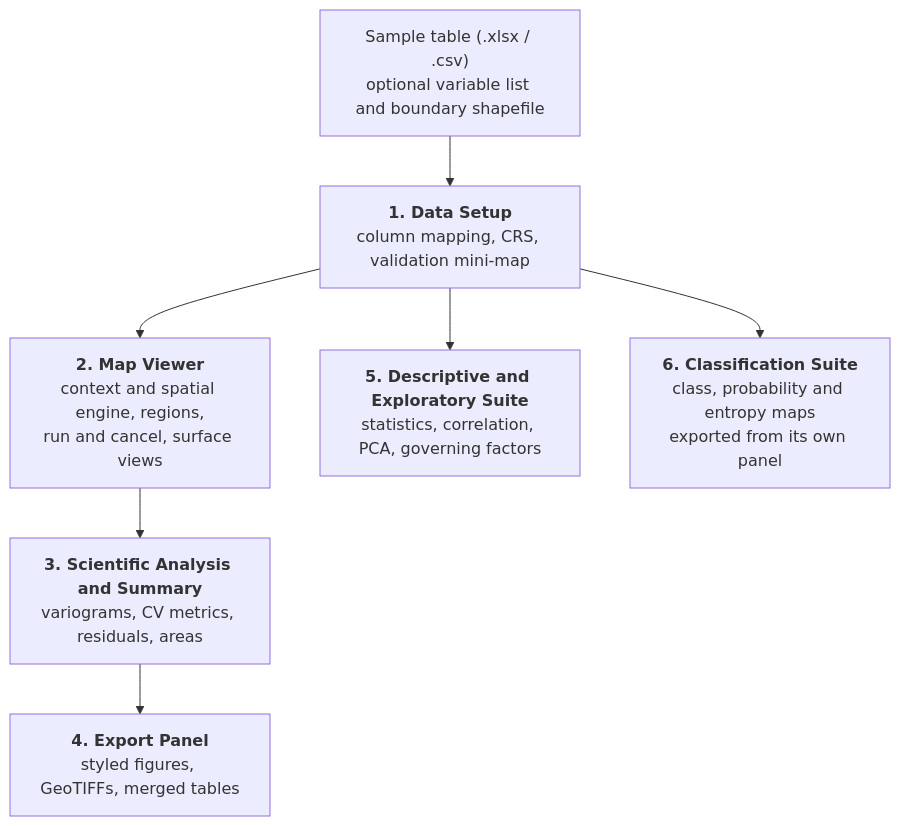
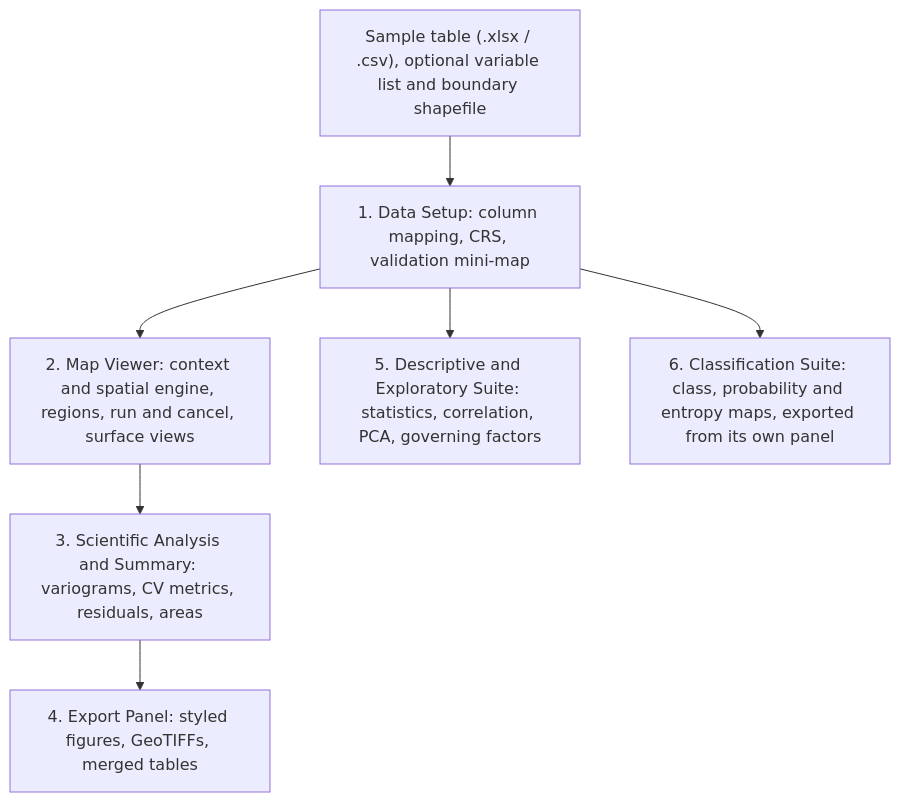
The diagram in README.md (rserdarkara-hash/monolith), drawn with Mermaid before and after one commit.

Commit message:
v1.0.6 release

````diff
--- a/README.md
+++ b/README.md
@@ -63,12 +63,12 @@
 ```mermaid
 flowchart TD
-    U["Sample table (.xlsx / .csv)<br/>optional variable list and boundary shapefile"] --> T1
-    T1["<b>1. Data Setup</b><br/>column mapping, CRS, validation mini-map"] --> T2
+    U["Sample table (.xlsx / .csv), optional variable list and boundary shapefile"] --> T1
+    T1["1. Data Setup: column mapping, CRS, validation mini-map"] --> T2
     T1 --> T5
     T1 --> T6
-    T2["<b>2. Map Viewer</b><br/>context and spatial engine, regions,<br/>run and cancel, surface views"] --> T3
-    T3["<b>3. Scientific Analysis and Summary</b><br/>variograms, CV metrics, residuals, areas"] --> T4
-    T4["<b>4. Export Panel</b><br/>styled figures, GeoTIFFs, merged tables"]
-    T5["<b>5. Descriptive and Exploratory Suite</b><br/>statistics, correlation, PCA, governing factors"]
-    T6["<b>6. Classification Suite</b><br/>class, probability and entropy maps<br/>exported from its own panel"]
+    T2["2. Map Viewer: context and spatial engine, regions, run and cancel, surface views"] --> T3
+    T3["3. Scientific Analysis and Summary: variograms, CV metrics, residuals, areas"] --> T4
+    T4["4. Export Panel: styled figures, GeoTIFFs, merged tables"]
+    T5["5. Descriptive and Exploratory Suite: statistics, correlation, PCA, governing factors"]
+    T6["6. Classification Suite: class, probability and entropy maps, exported from its own panel"]
 ```
````
